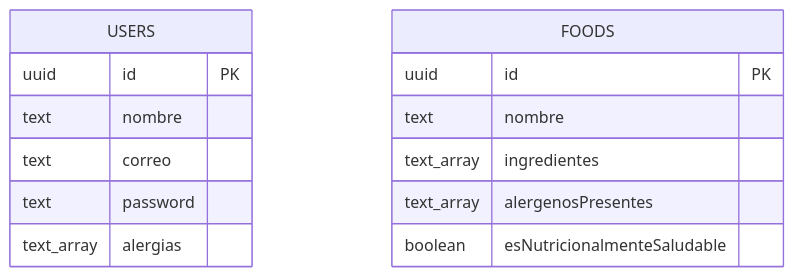
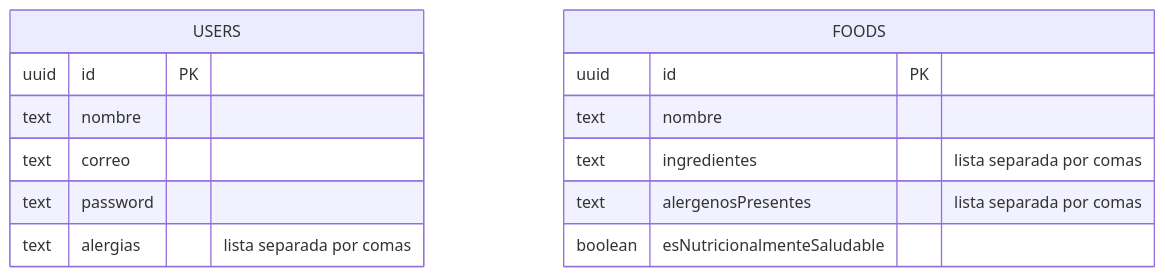
Before and after one commit to Nachetao/FoodAware-Project: the fourth of 4 diagrams in docs/Arquitectura.md, drawn with Mermaid. The commit also changed other lines of this file, not shown here.

Commit message:
docs: se corrige el diagrama de contexto con la respuesta que entrega el sistema al usuario y los tipos de datos del modelo de base da datos

````diff
--- a/docs/Arquitectura.md
+++ b/docs/Arquitectura.md
@@ -39,17 +40,17 @@
 ```mermaid
 erDiagram
     USERS {
         uuid id PK
         text nombre
         text correo
         text password
-        text_array alergias
+        text alergias "lista separada por comas"
     }
     FOODS {
         uuid id PK
         text nombre
-        text_array ingredientes
-        text_array alergenosPresentes
+        text ingredientes "lista separada por comas"
+        text alergenosPresentes "lista separada por comas"
         boolean esNutricionalmenteSaludable
     }
 ```
````
